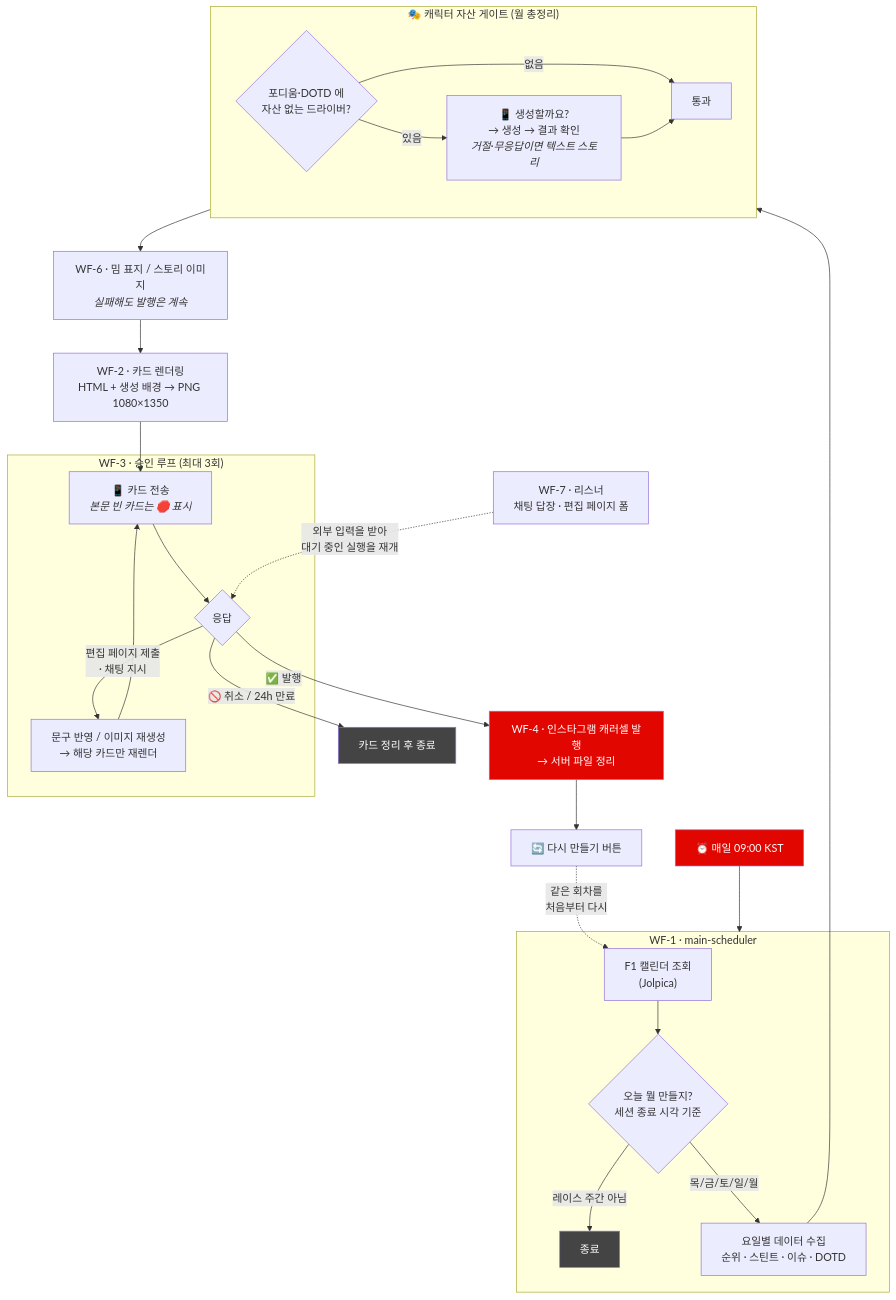
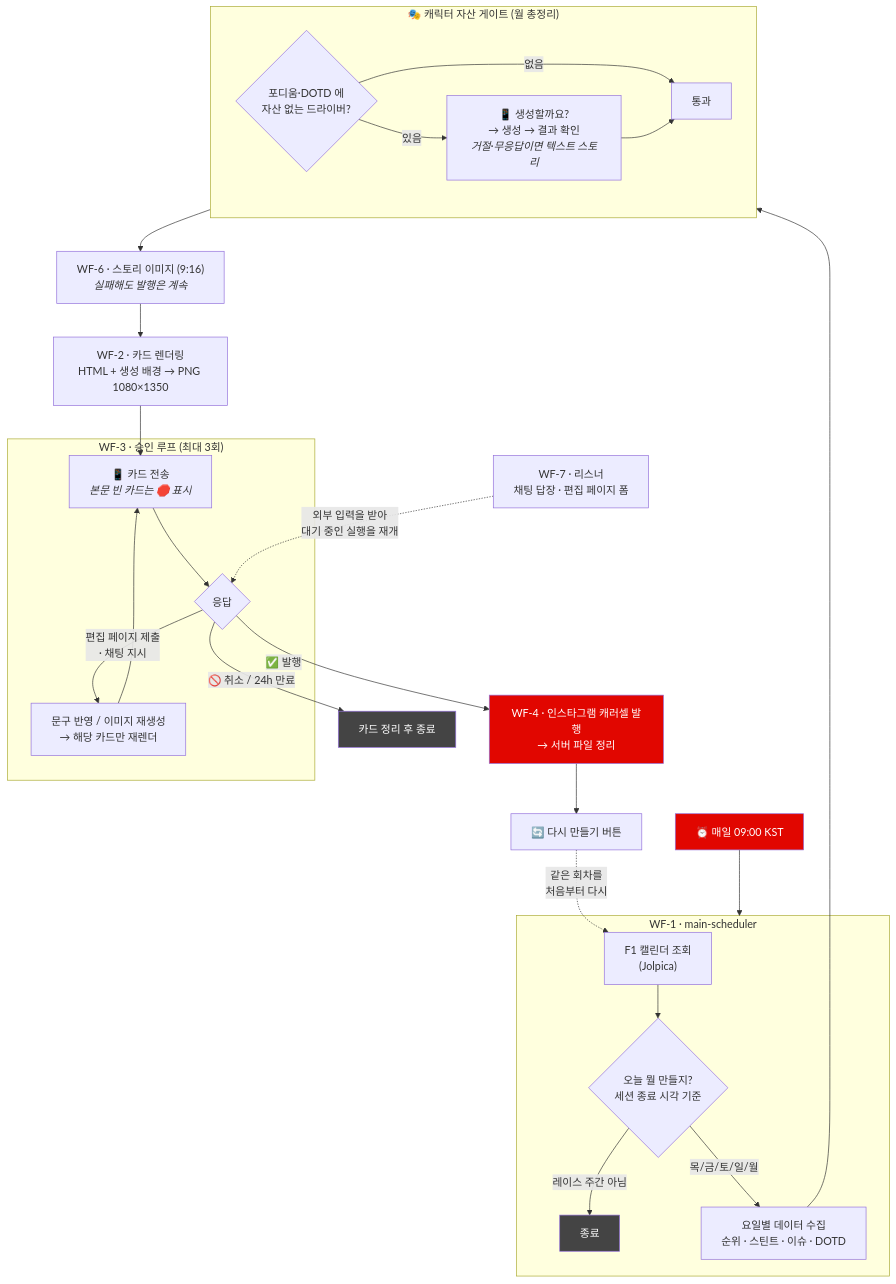
One commit to anotheranotherhoon/f1-cardnews-automation changed the diagram in README.md. Above: the diagram before and after it, drawn with Mermaid. The commit also changed other lines of this file and 1 other file, not shown here.

````diff
--- a/README.md
+++ b/README.md
@@ -27,40 +27,40 @@
 ```mermaid
 flowchart TD
     T["⏰ 매일 09:00 KST"] --> W1
 
     subgraph W1 ["WF-1 · main-scheduler"]
         C["F1 캘린더 조회<br/>(Jolpica)"] --> D{"오늘 뭘 만들지?<br/>세션 종료 시각 기준"}
         D -->|레이스 주간 아님| X["종료"]
         D -->|목/금/토/일/월| DATA["요일별 데이터 수집<br/>순위 · 스틴트 · 이슈 · DOTD"]
     end
 
     DATA --> GATE
 
     subgraph GATE ["🎭 캐릭터 자산 게이트 (월 총정리)"]
         G1{"포디움·DOTD 에<br/>자산 없는 드라이버?"} -->|없음| G3["통과"]
         G1 -->|있음| G2["📱 생성할까요?<br/>→ 생성 → 결과 확인<br/><i>거절·무응답이면 텍스트 스토리</i>"]
         G2 --> G3
     end
 
     GATE --> W6
-    W6["WF-6 · 밈 표지 / 스토리 이미지<br/><i>실패해도 발행은 계속</i>"] --> W2
+    W6["WF-6 · 스토리 이미지 (9:16)<br/><i>실패해도 발행은 계속</i>"] --> W2
     W2["WF-2 · 카드 렌더링<br/>HTML + 생성 배경 → PNG 1080×1350"] --> W3
 
     subgraph LOOP ["WF-3 · 승인 루프 (최대 3회)"]
         W3["📱 카드 전송<br/><i>본문 빈 카드는 🛑 표시</i>"] --> Q{"응답"}
         Q -->|"편집 페이지 제출<br/>· 채팅 지시"| FIX["문구 반영 / 이미지 재생성<br/>→ 해당 카드만 재렌더"]
         FIX --> W3
     end
 
     Q -->|"🚫 취소 / 24h 만료"| CAN["카드 정리 후 종료"]
     Q -->|"✅ 발행"| W4["WF-4 · 인스타그램 캐러셀 발행<br/>→ 서버 파일 정리"]
     W4 --> RE["🔄 다시 만들기 버튼"]
     RE -.->|"같은 회차를<br/>처음부터 다시"| C
 
     W7["WF-7 · 리스너<br/>채팅 답장 · 편집 페이지 폼"] -.->|"외부 입력을 받아<br/>대기 중인 실행을 재개"| Q
 
     style T fill:#e10600,color:#fff
     style W4 fill:#e10600,color:#fff
     style X fill:#444,color:#fff
     style CAN fill:#444,color:#fff
 ```
````
